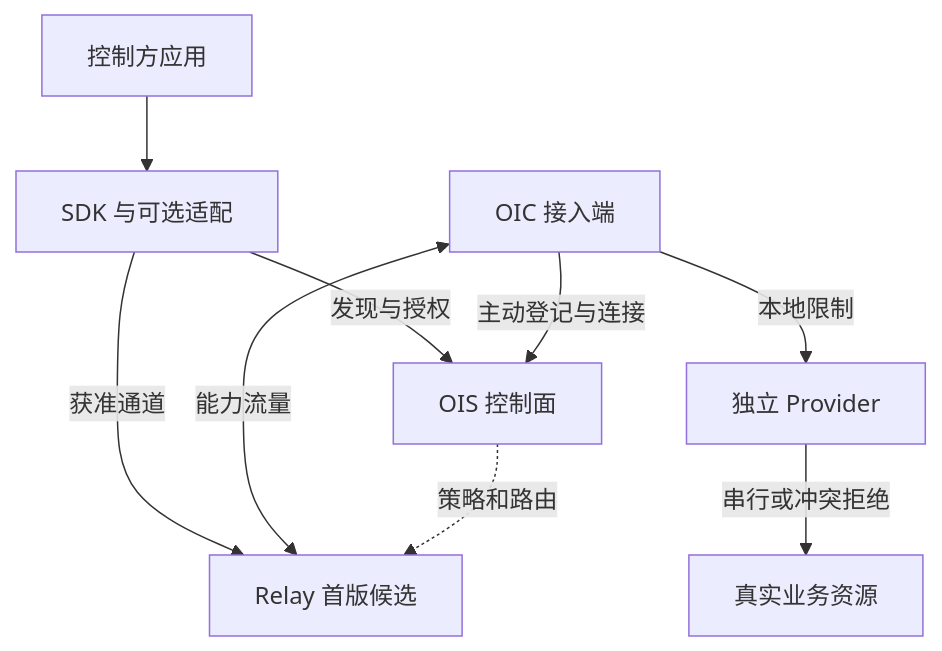
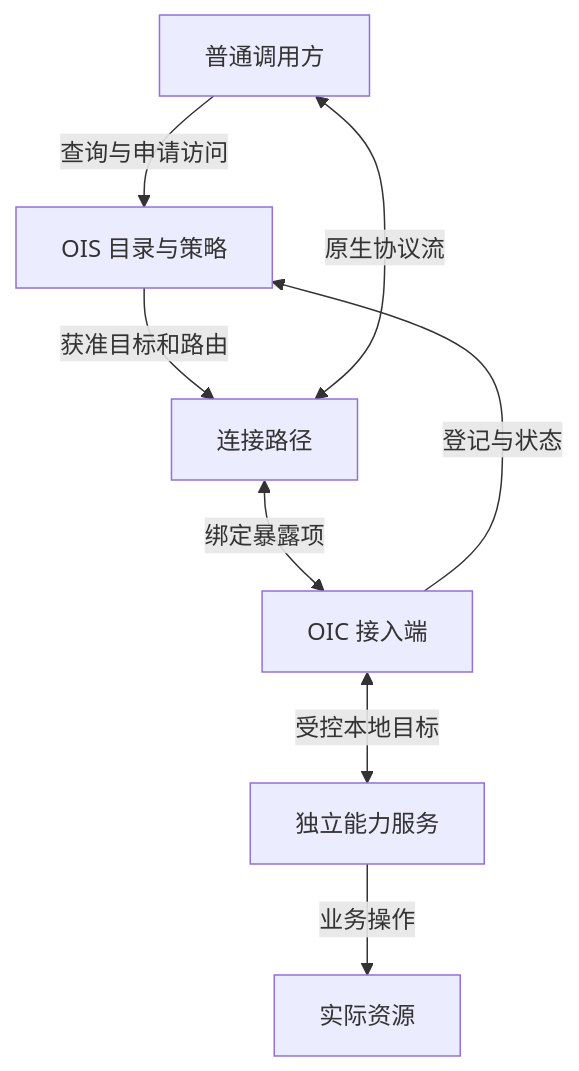
Before and after one commit to wyw-ai/loom-oi: the diagram in docs/proposals/alpha-solution-design.md, drawn with Mermaid. The commit also changed other lines of this file and 16 other files, not shown here.

Commit message:
docs(alpha): rebuild architecture evidence chains and consolidate issue decisions

````diff
--- a/docs/proposals/alpha-solution-design.md
+++ b/docs/proposals/alpha-solution-design.md
@@ -13,11 +31,10 @@
 ```mermaid
 flowchart TD
-    C["控制方应用"] --> A["SDK 与可选适配"]
-    A -->|发现与授权| S["OIS 控制面"]
-    A -->|获准通道| R["Relay 首版候选"]
-    O["OIC 接入端"] -->|主动登记与连接| S
-    O <-->|能力流量| R
-    O -->|本地限制| P["独立 Provider"]
-    P -->|串行或冲突拒绝| B["真实业务资源"]
-    S -.->|策略和路由| R
+    C["普通调用方"] -->|查询与申请访问| S["OIS 目录与策略"]
+    S -->|获准目标和路由| R["连接路径"]
+    C <-->|原生协议流| R
+    R <-->|绑定暴露项| O["OIC 接入端"]
+    O -->|登记与状态| S
+    O <-->|受控本地目标| P["独立能力服务"]
+    P -->|业务操作| B["实际资源"]
 ```
````
